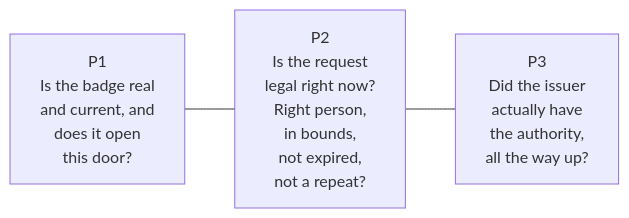
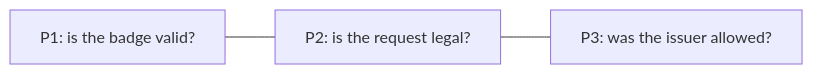
The fourth of 9 diagrams in README.md (mondweep/vibe-cast), drawn with Mermaid before and after one commit. The commit also changed other lines of this file, not shown here.

````diff
--- a/README.md
+++ b/README.md
@@ -233,7 +246,7 @@
 ```mermaid
 flowchart LR
-    Q1["P1<br/>Is the badge real<br/>and current, and<br/>does it open<br/>this door?"]
-    Q2["P2<br/>Is the request<br/>legal right now?<br/>Right person,<br/>in bounds,<br/>not expired,<br/>not a repeat?"]
-    Q3["P3<br/>Did the issuer<br/>actually have<br/>the authority,<br/>all the way up?"]
+    Q1["P1: is the badge valid?"]
+    Q2["P2: is the request legal?"]
+    Q3["P3: was the issuer allowed?"]
     Q1 --- Q2 --- Q3
 ```
````
